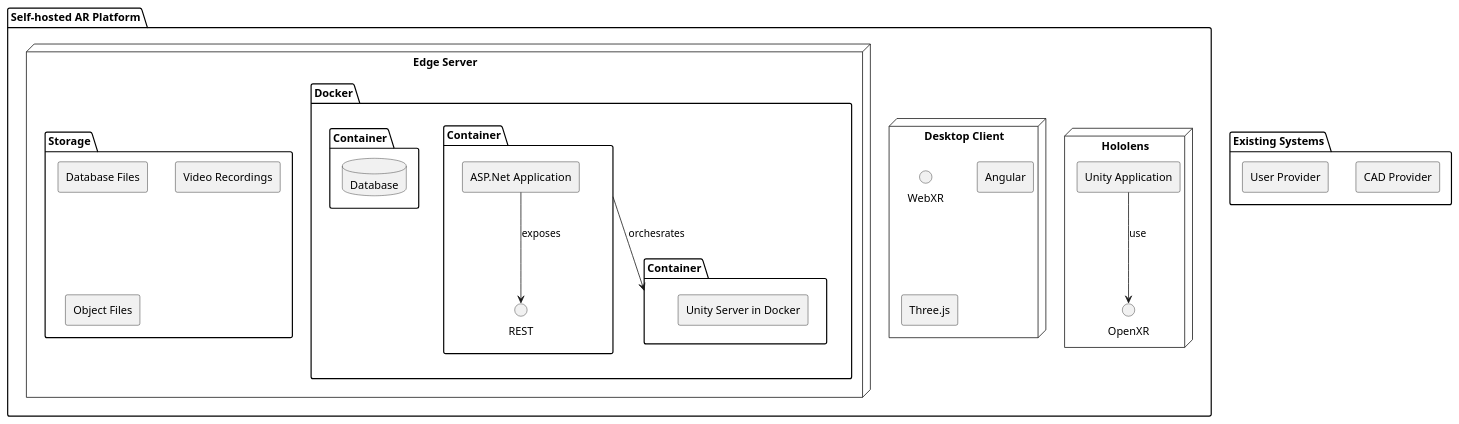
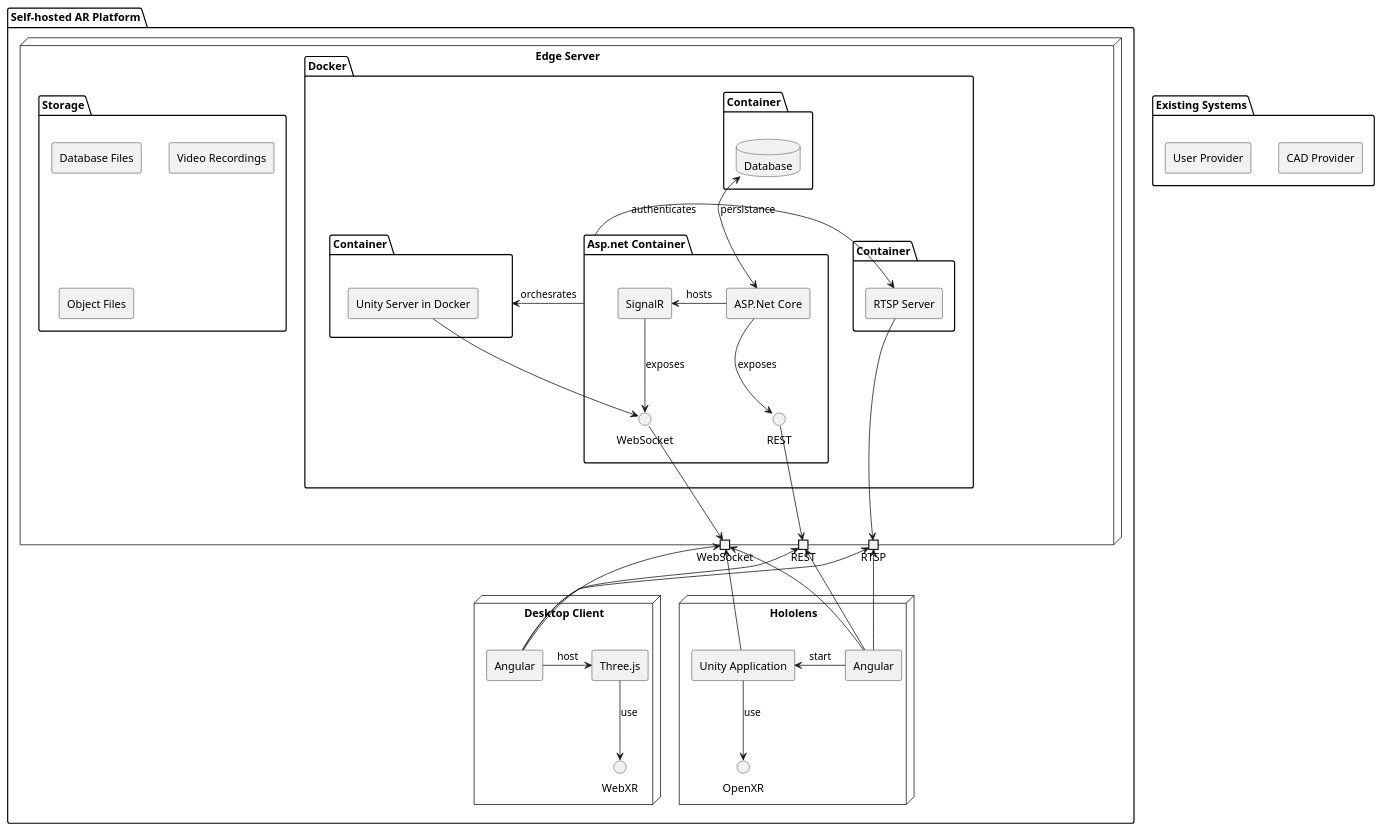
One commit to Lokarian/selfhosted-ar-platform changed the diagram in diagrams/Architectur.puml. Above: the diagram before and after it, drawn with PlantUML. The commit also changed 394 other files, not shown here.

Commit message:
switch unity project and asp project. init

```diff
--- a/diagrams/Architectur.puml
+++ b/diagrams/Architectur.puml
@@ -1,50 +1,89 @@
 @startuml
 
 skinparam componentStyle rectangle
 skinparam backgroundColor #FFFFFF
 skinparam componentBorderColor #000000
 
 package "Self-hosted AR Platform" {
 
-    node "Hololens" {
-
+    node Hololens {
+        [Angular] as AngularHololens
         [Unity Application] as UnityApplication
         interface "OpenXR" as OpenXRInterface
-        UnityApplication --> OpenXRInterface :use
     }
 
-    node "Desktop Client" {
+    node "Desktop Client" as Desktop{
         interface "WebXR" as WebXRInterface
         [Angular] as Angular
         [Three.js] as Threejs
     }
 
-    node "Edge Server" {
-        package Docker{
-            package Container as ContainerAsp{
-                component "ASP.Net Application" as ASPNet
+    node "Edge Server" as Edge{
+
+        package Docker as DockerHost{
+            package "Asp.net Container" as ContainerAsp{
+                component "ASP.Net Core" as ASPNet
                 interface "REST" as RESTInterface
-                ASPNet --> RESTInterface :exposes
+                component "SignalR" as SignalRHub
+                interface "WebSocket" as WebsocketInterface
             }
             package Container as ContainerDatabase{
                 Database "Database" as Database
             }
             package Container as ContainerUnity{
                 component "Unity Server in Docker" as UnityServer
             }
-            ContainerAsp -d-> ContainerUnity :orchesrates
+
+            package Container as ContainerRTSP{
+                component "RTSP Server" as RTSPServer
+            }
+            
         }
 
-    Folder Storage as PersistentStorage{
-    [Database Files]
-    [Video Recordings]
-    [Object Files]
+        Folder Storage as PersistentStorage{
+            [Database Files]
+            [Video Recordings]
+            [Object Files]
+        }
+
+        portout "REST" as RESTPort
+        portout "WebSocket" as WebsocketPort
+        portout "RTSP" as RTSPPort
     }
-    }
-
 }
 package "Existing Systems"{
 [CAD Provider]
 [User Provider]
 }
+
+
+ASPNet -l-> SignalRHub :hosts
+ASPNet --> RESTInterface :exposes
+SignalRHub --> WebsocketInterface :exposes
+
+ASPNet <-u-> Database :persistance
+UnityServer -r-> WebsocketInterface
+
+
+WebsocketInterface -d-> WebsocketPort
+RESTInterface -d-> RESTPort
+RTSPServer -d-> RTSPPort
+
+ContainerAsp -r-> ContainerUnity :orchesrates
+ContainerAsp -l-> RTSPServer :authenticates
+
+Angular -> Threejs :host
+Threejs --> WebXRInterface :use
+
+UnityApplication --> OpenXRInterface :use
+AngularHololens -r-> UnityApplication : start
+
+AngularHololens -u-> RESTPort
+Angular -u-> RESTPort
+AngularHololens -u-> WebsocketPort
+Angular -u-> WebsocketPort
+AngularHololens -u-> RTSPPort
+Angular -u-> RTSPPort
+UnityApplication -u-> WebsocketPort
+
 @enduml
```
